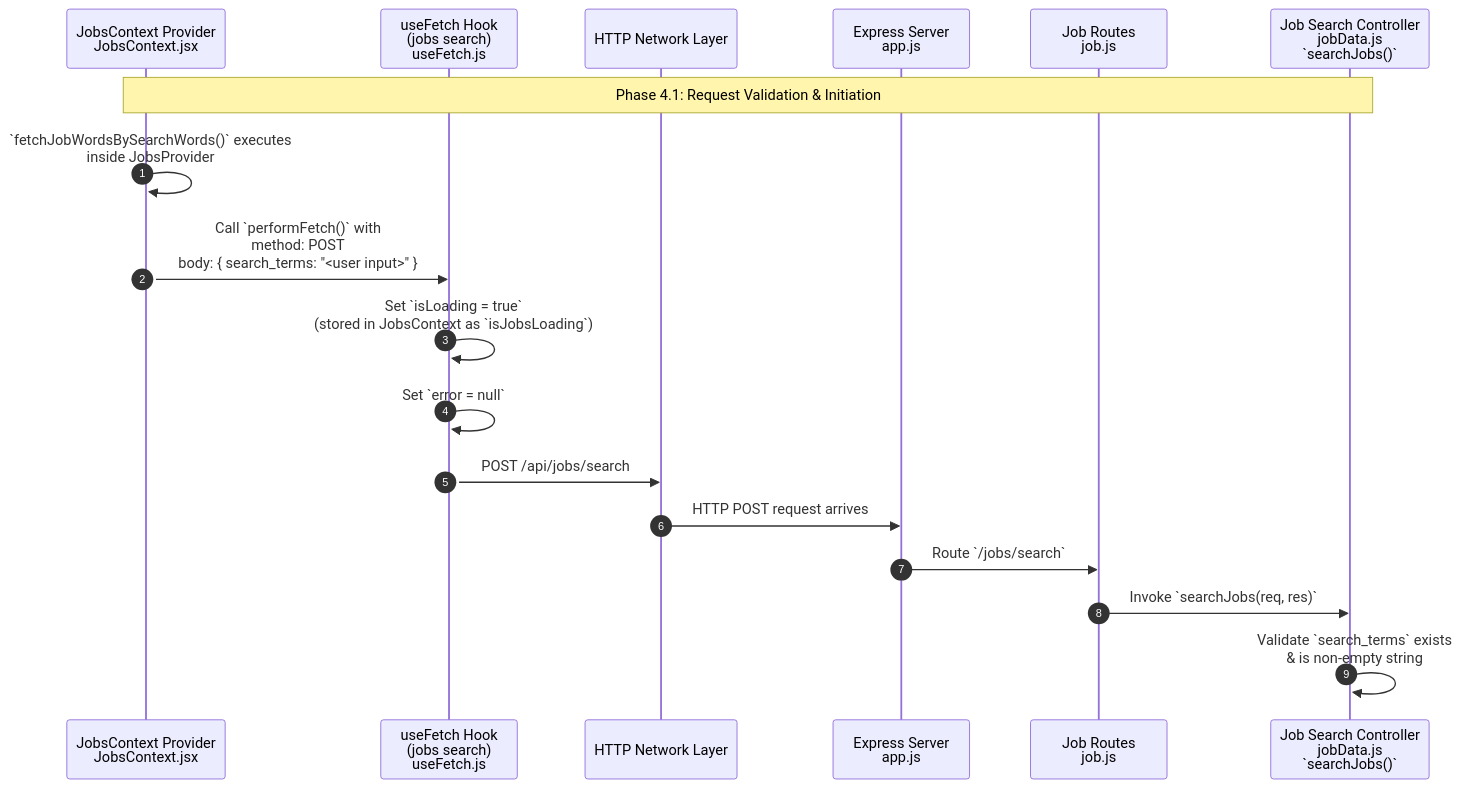
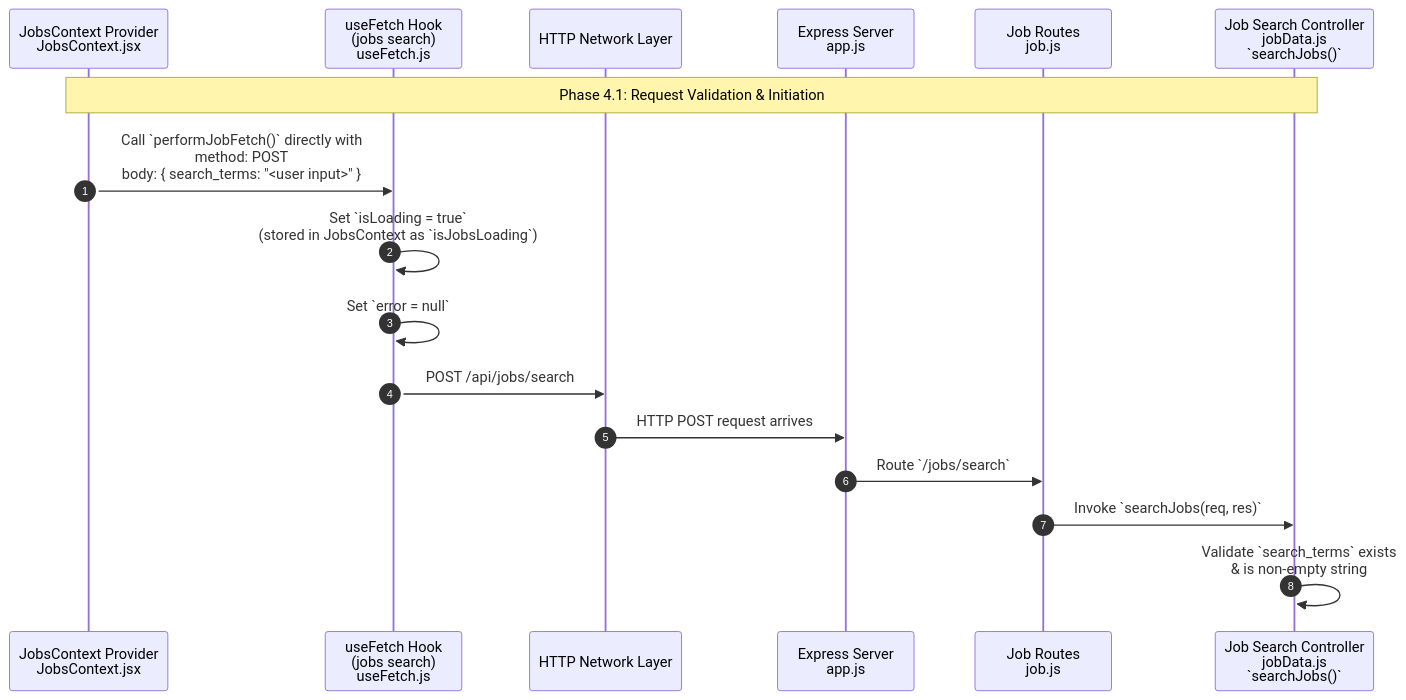
Before and after one commit to YahyaAl-Ademi/2025.10.23-JobCompass: the diagram in documentation/jobFetch/4.1.Request Validation & Initiation.md, drawn with Mermaid. The commit also changed 5 other files, not shown here.

Commit message:
Refactor job fetching logic: replace fetchJobWordsBySearchWords with performJobFetch, streamline database retrieval for cached jobs

````diff
--- a/documentation/jobFetch/4.1.Request Validation & Initiation.md
+++ b/documentation/jobFetch/4.1.Request Validation & Initiation.md
@@ -8,34 +8,33 @@
 ```mermaid
 sequenceDiagram
     autonumber
     %% File paths:
     %% JobsContext: client/src/context/JobsContext.jsx
     %% useFetch: client/src/hooks/useFetch.js
     %% ExpressApp: server/src/app.js
     %% JobRouter: server/src/routes/job.js
     %% JobController: server/src/controllers/jobData.js
     participant JobsContext as JobsContext Provider<br/>JobsContext.jsx
     participant useFetch_1 as useFetch Hook<br/>(jobs search)<br/>useFetch.js
     participant FrontendNetwork as HTTP Network Layer
     participant ExpressApp as Express Server<br/>app.js
     participant JobRouter as Job Routes<br/>job.js
     participant JobController as Job Search Controller<br/>jobData.js<br/>`searchJobs()`
 
     Note over JobsContext,JobController: Phase 4.1: Request Validation & Initiation
     activate JobsContext
-    JobsContext->>JobsContext: `fetchJobWordsBySearchWords()` executes<br/>inside JobsProvider
-    JobsContext->>useFetch_1: Call `performFetch()` with<br/>method: POST<br/>body: { search_terms: "<user input>" }
+    JobsContext->>useFetch_1: Call `performJobFetch()` directly with<br/>method: POST<br/>body: { search_terms: "<user input>" }
 
     activate useFetch_1
     useFetch_1->>useFetch_1: Set `isLoading = true`<br/>(stored in JobsContext as `isJobsLoading`)
     useFetch_1->>useFetch_1: Set `error = null`
     useFetch_1->>FrontendNetwork: POST /api/jobs/search
 
     FrontendNetwork->>ExpressApp: HTTP POST request arrives
     ExpressApp->>JobRouter: Route `/jobs/search`
 
     JobRouter->>JobController: Invoke `searchJobs(req, res)`
 
     activate JobController
     JobController->>JobController: Validate `search_terms` exists<br/>& is non-empty string
 ```
````
